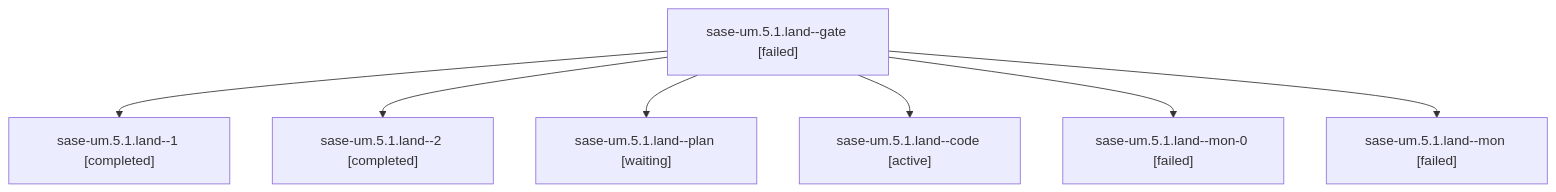
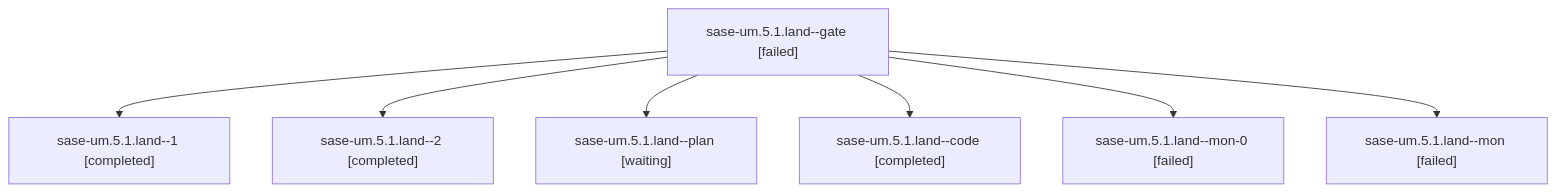
The diagram in families/bbugyi200.athena.sase-um.5.1.land.md (sase-org/sase--agents), drawn with Mermaid before and after one commit. The commit also changed other lines of this file and 793 other files, not shown here.

````diff
--- a/families/bbugyi200.athena.sase-um.5.1.land.md
+++ b/families/bbugyi200.athena.sase-um.5.1.land.md
@@ -9,16 +9,16 @@
 ```mermaid
 flowchart TD
   n0["sase-um.5.1.land--gate [failed]"]
   n1["sase-um.5.1.land--1 [completed]"]
   n0 --> n1
   n2["sase-um.5.1.land--2 [completed]"]
   n0 --> n2
   n3["sase-um.5.1.land--plan [waiting]"]
   n0 --> n3
-  n4["sase-um.5.1.land--code [active]"]
+  n4["sase-um.5.1.land--code [completed]"]
   n0 --> n4
   n5["sase-um.5.1.land--mon-0 [failed]"]
   n0 --> n5
   n6["sase-um.5.1.land--mon [failed]"]
   n0 --> n6
 ```
````
